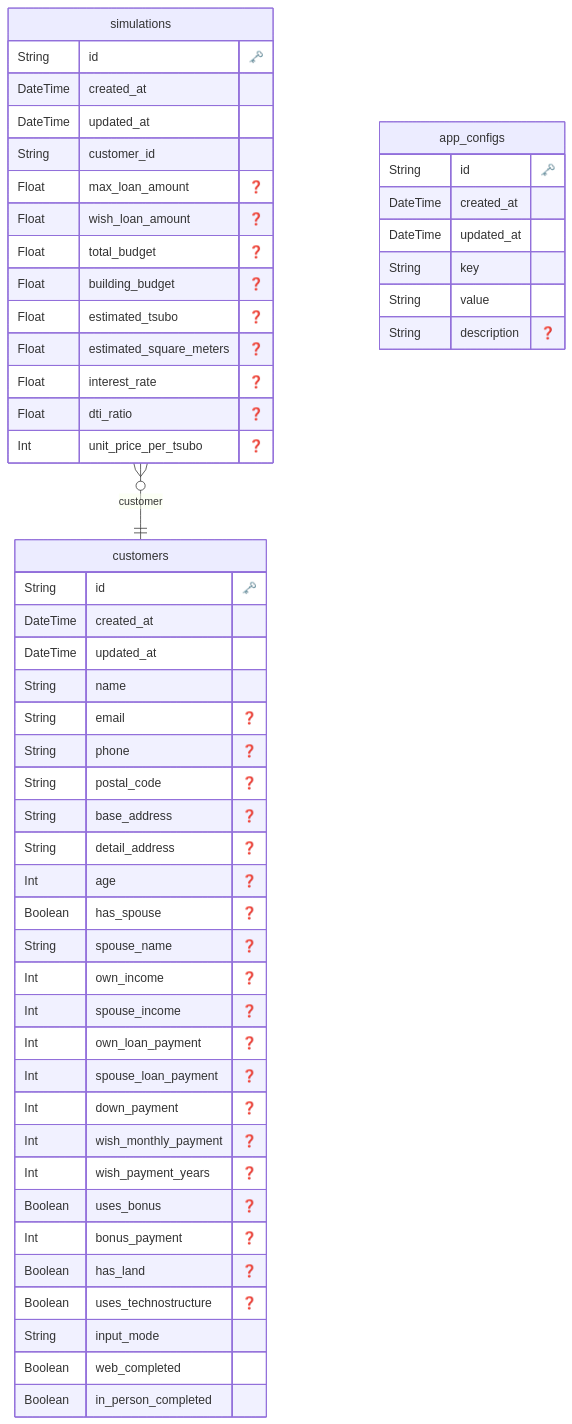
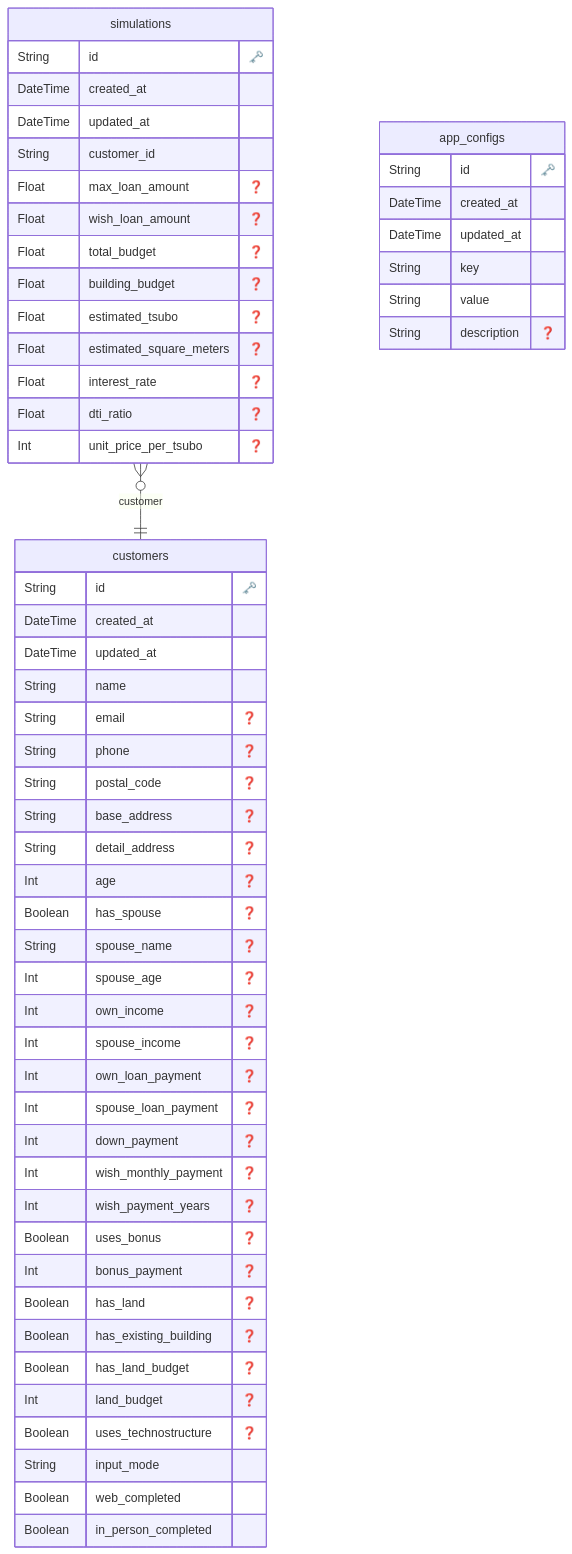
One commit to Scarlet1107/mitsumori-gate changed the diagram in lib/generated/ERD.md. Above: the diagram before and after it, drawn with Mermaid. The commit also changed 52 other files, not shown here.

````diff
--- a/lib/generated/ERD.md
+++ b/lib/generated/ERD.md
@@ -1,61 +1,65 @@
 ```mermaid
 erDiagram
 
   "customers" {
     String id "🗝️"
     DateTime created_at 
     DateTime updated_at 
     String name 
     String email "❓"
     String phone "❓"
     String postal_code "❓"
     String base_address "❓"
     String detail_address "❓"
     Int age "❓"
     Boolean has_spouse "❓"
     String spouse_name "❓"
+    Int spouse_age "❓"
     Int own_income "❓"
     Int spouse_income "❓"
     Int own_loan_payment "❓"
     Int spouse_loan_payment "❓"
     Int down_payment "❓"
     Int wish_monthly_payment "❓"
     Int wish_payment_years "❓"
     Boolean uses_bonus "❓"
     Int bonus_payment "❓"
     Boolean has_land "❓"
+    Boolean has_existing_building "❓"
+    Boolean has_land_budget "❓"
+    Int land_budget "❓"
     Boolean uses_technostructure "❓"
     String input_mode 
     Boolean web_completed 
     Boolean in_person_completed 
     }
   
 
   "simulations" {
     String id "🗝️"
     DateTime created_at 
     DateTime updated_at 
     String customer_id 
     Float max_loan_amount "❓"
     Float wish_loan_amount "❓"
     Float total_budget "❓"
     Float building_budget "❓"
     Float estimated_tsubo "❓"
     Float estimated_square_meters "❓"
     Float interest_rate "❓"
     Float dti_ratio "❓"
     Int unit_price_per_tsubo "❓"
     }
   
 
   "app_configs" {
     String id "🗝️"
     DateTime created_at 
     DateTime updated_at 
     String key 
     String value 
     String description "❓"
     }
   
     "simulations" }o--|| customers : "customer"
 ```
````
